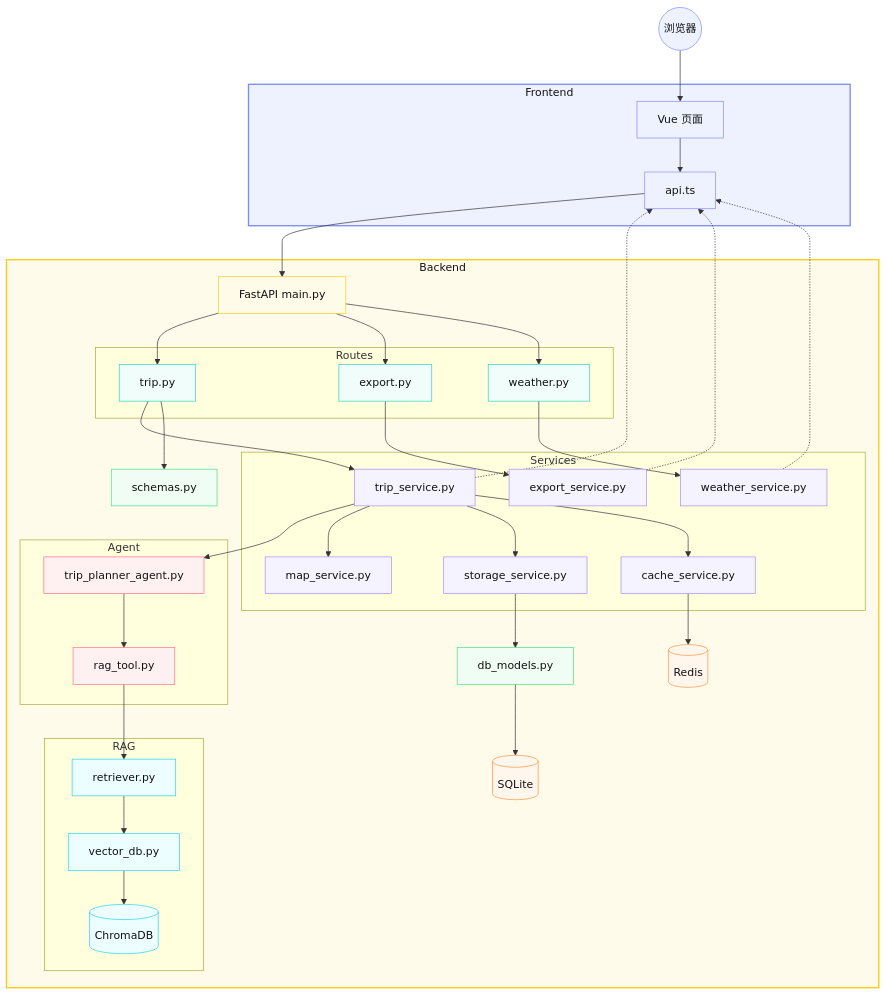
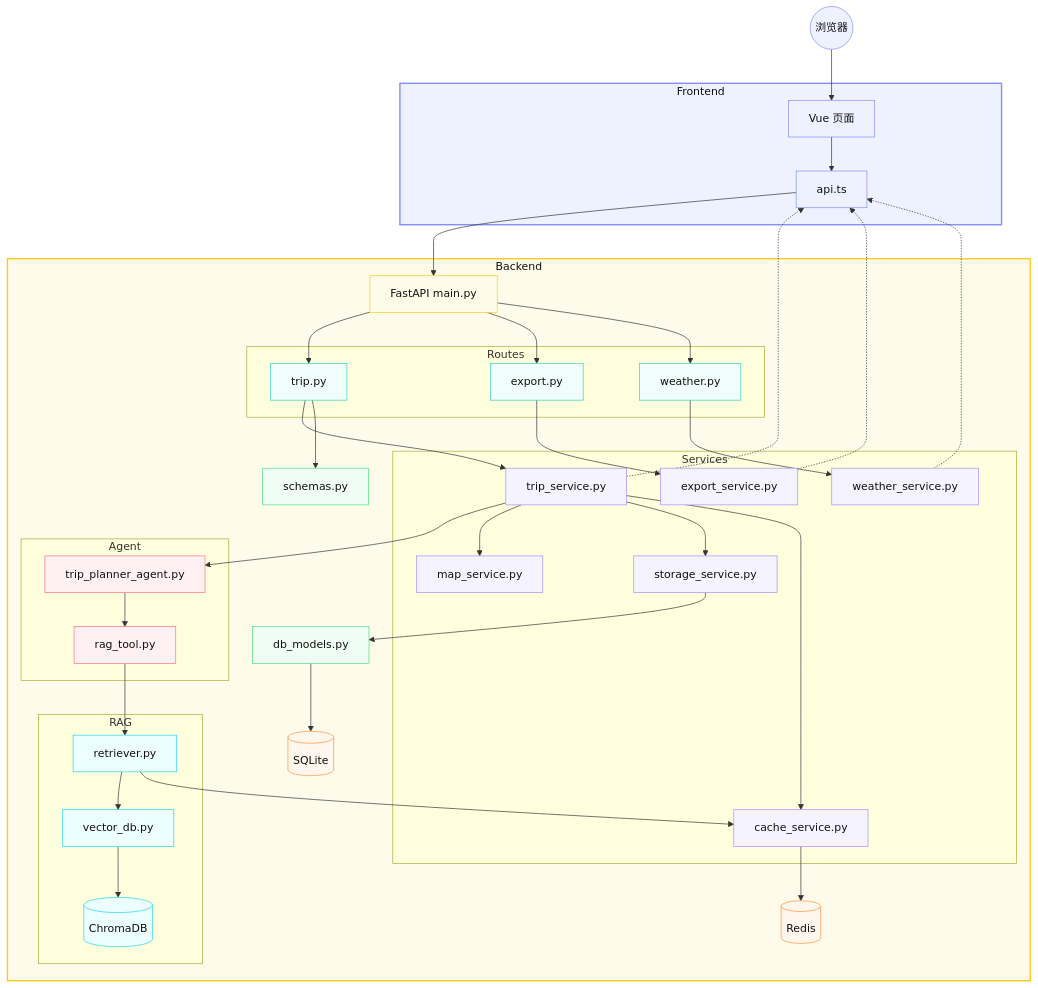
The first of 2 diagrams in README.md (smartestjamie-art/ai-travel-planner), drawn with Mermaid before and after one commit. The commit also changed other lines of this file, not shown here.

```diff
--- a/README.md
+++ b/README.md
@@ -156,6 +156,7 @@
     RagTool --> Retriever
     Retriever --> VectorDB
     VectorDB --> ChromaDB
+    Retriever --> CacheSvc
 
     CacheSvc --> Redis
     StorageSvc --> DBModels
```
